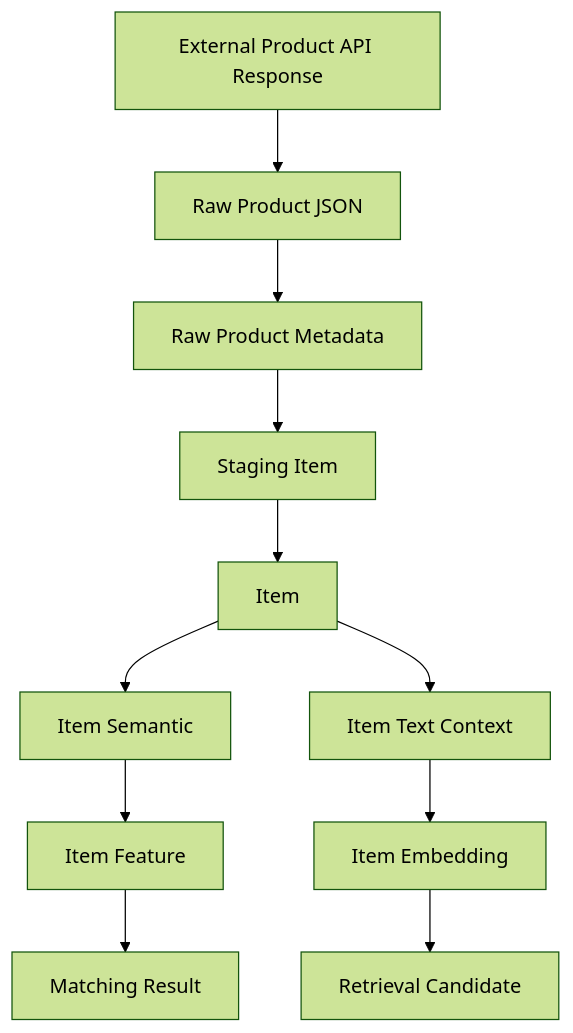
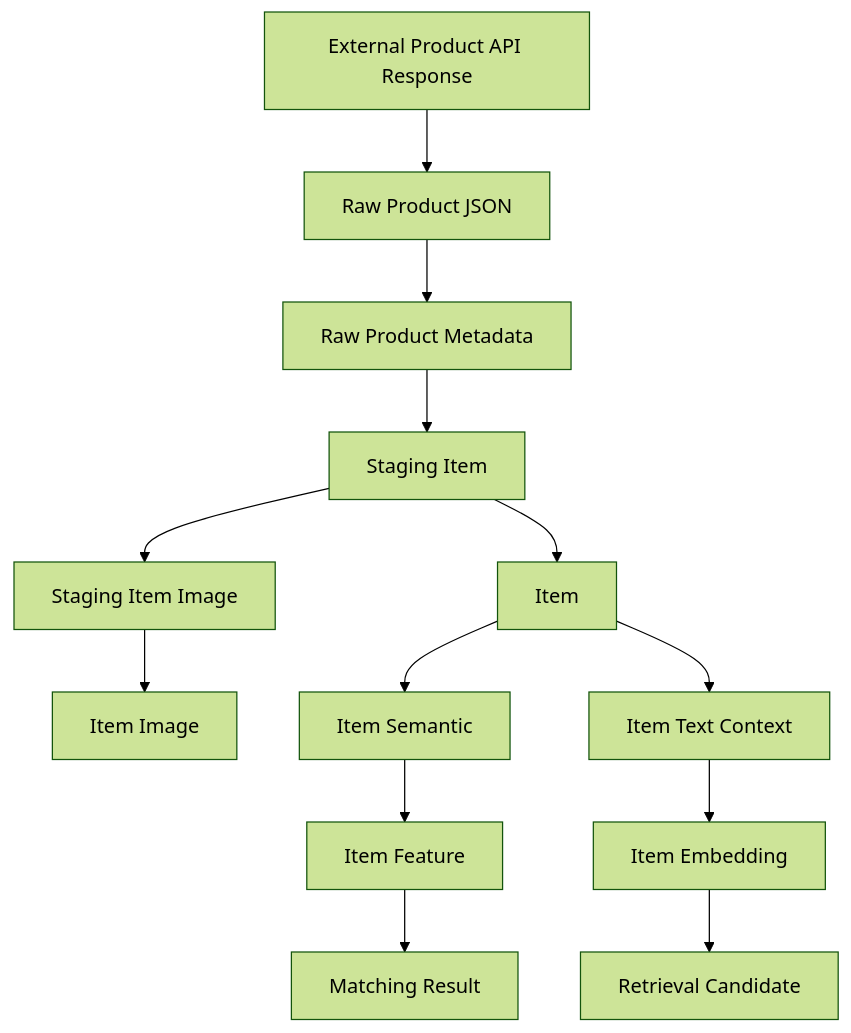
One commit to ryo-chan-k6/GiftRecommendAPP_MVP_CYCLE_3 changed the second of 4 diagrams in docs/05_アプリケーション設計/アプリ/database/リソース一覧.md. Above: the diagram before and after it, drawn with Mermaid (forest theme). The commit also changed other lines of this file, not shown here.

Commit message:
ドキュメントを更新し、Gift Recommendation Service MVPにおけるリソース一覧を追加。新たに画面一覧、画面遷移図、リソース一覧を定義し、各リソースの分類と内容を明確化。これにより、システム全体の設計基盤が強化され、今後の開発に向けた指針が提供された。

````diff
--- a/docs/05_アプリケーション設計/アプリ/database/リソース一覧.md
+++ b/docs/05_アプリケーション設計/アプリ/database/リソース一覧.md
@@ -387,13 +428,15 @@
 ```mermaid
 flowchart TD
     A[External Product API Response] --> B[Raw Product JSON]
     B --> C[Raw Product Metadata]
     C --> D[Staging Item]
     D --> E[Item]
-    E --> F[Item Semantic]
-    F --> G[Item Feature]
-    E --> H[Item Text Context]
-    H --> I[Item Embedding]
-    G --> J[Matching Result]
-    I --> K[Retrieval Candidate]
+    D --> F[Staging Item Image]
+    F --> G[Item Image]
+    E --> H[Item Semantic]
+    H --> I[Item Feature]
+    E --> J[Item Text Context]
+    J --> K[Item Embedding]
+    I --> L[Matching Result]
+    K --> M[Retrieval Candidate]
 ```
````
